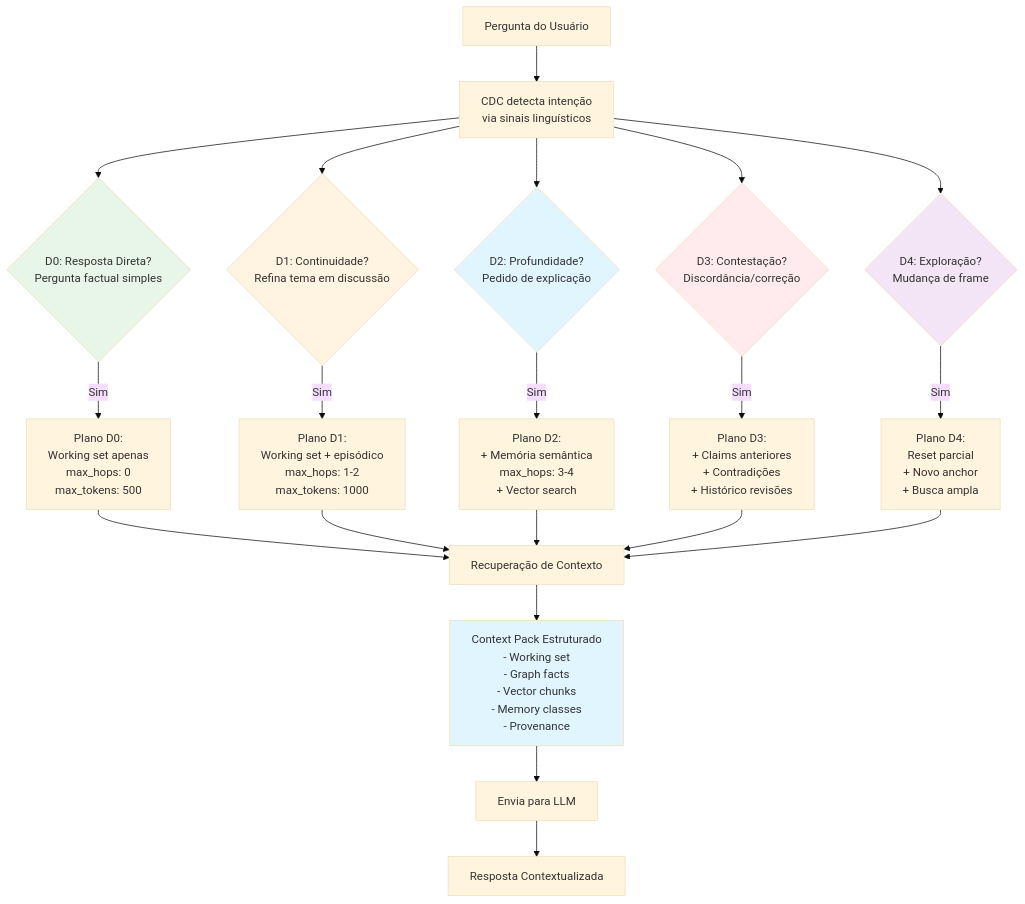
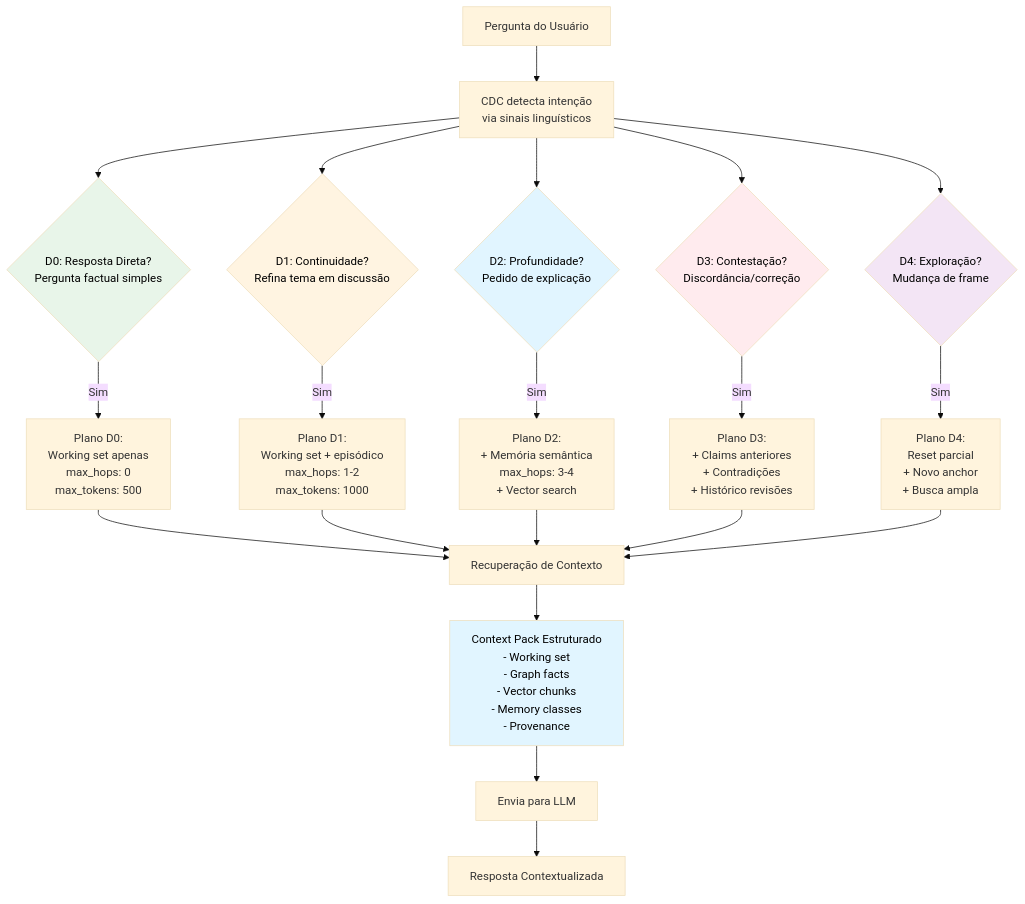
Diagram 16 of 27 in learning/livro_nivel2.md (Trindade11/Teste), drawn with Mermaid (base theme) before and after one commit. The commit also changed other lines of this file and 5 other files, not shown here.

````diff
--- a/learning/livro_nivel2.md
+++ b/learning/livro_nivel2.md
@@ -2733,34 +4166,34 @@
 ```mermaid
 flowchart TD
     User[Pergunta do Usuário] --> Detect[CDC detecta intenção<br/>via sinais linguísticos]
     
     Detect --> D0{D0: Resposta Direta?<br/>Pergunta factual simples}
     Detect --> D1{D1: Continuidade?<br/>Refina tema em discussão}
     Detect --> D2{D2: Profundidade?<br/>Pedido de explicação}
     Detect --> D3{D3: Contestação?<br/>Discordância/correção}
     Detect --> D4{D4: Exploração?<br/>Mudança de frame}
     
     D0 -->|Sim| Plan0[Plano D0:<br/>Working set apenas<br/>max_hops: 0<br/>max_tokens: 500]
     D1 -->|Sim| Plan1[Plano D1:<br/>Working set + episódico<br/>max_hops: 1-2<br/>max_tokens: 1000]
     D2 -->|Sim| Plan2[Plano D2:<br/>+ Memória semântica<br/>max_hops: 3-4<br/>+ Vector search]
     D3 -->|Sim| Plan3[Plano D3:<br/>+ Claims anteriores<br/>+ Contradições<br/>+ Histórico revisões]
     D4 -->|Sim| Plan4[Plano D4:<br/>Reset parcial<br/>+ Novo anchor<br/>+ Busca ampla]
     
     Plan0 --> Retrieve[Recuperação de Contexto]
     Plan1 --> Retrieve
     Plan2 --> Retrieve
     Plan3 --> Retrieve
     Plan4 --> Retrieve
     
     Retrieve --> ContextPack[Context Pack Estruturado<br/>- Working set<br/>- Graph facts<br/>- Vector chunks<br/>- Memory classes<br/>- Provenance]
     
     ContextPack --> LLM[Envia para LLM]
     LLM --> Response[Resposta Contextualizada]
     
-    style D0 fill:#e8f5e9
-    style D1 fill:#fff4e1
-    style D2 fill:#e1f5ff
-    style D3 fill:#ffebee
-    style D4 fill:#f3e5f5
-    style ContextPack fill:#e1f5ff
+    style D0 fill:#e8f5e9,color:#000
+    style D1 fill:#fff4e1,color:#000
+    style D2 fill:#e1f5ff,color:#000
+    style D3 fill:#ffebee,color:#000
+    style D4 fill:#f3e5f5,color:#000
+    style ContextPack fill:#e1f5ff,color:#000
 ```
````
